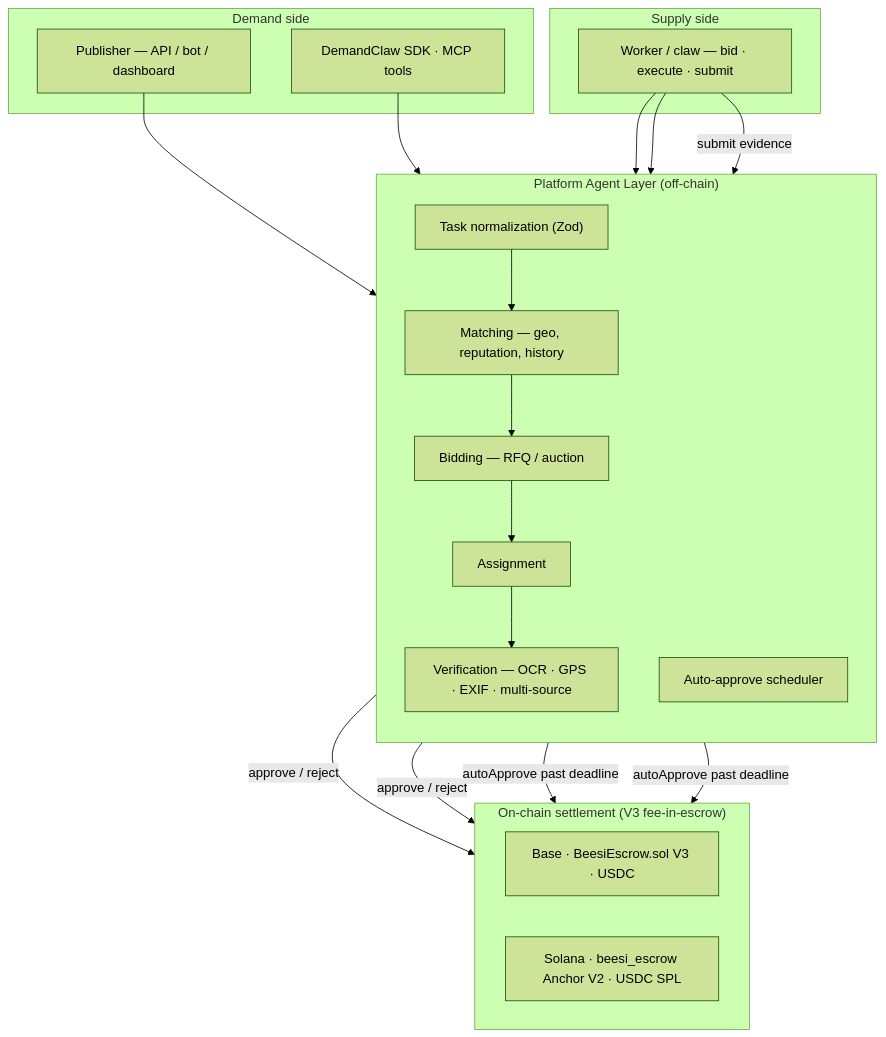
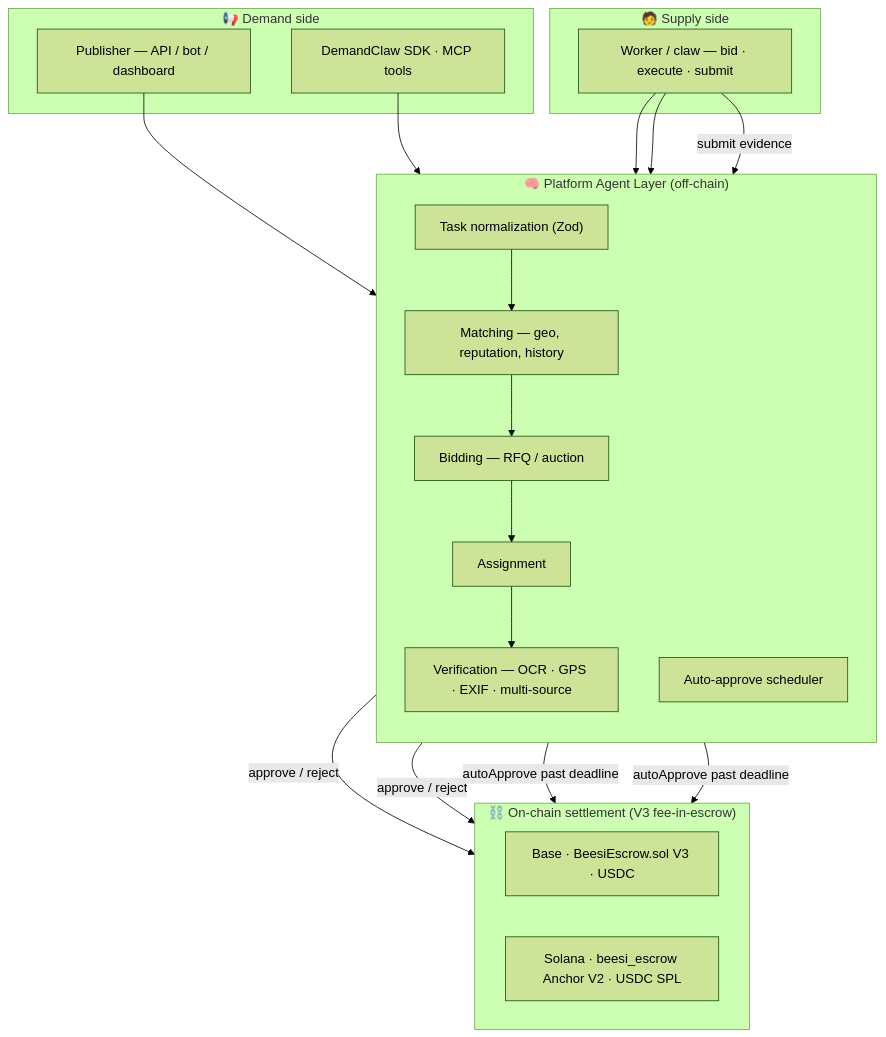
Before and after one commit to Good-for-human/beesi.ai-agent-bounty-market: the first of 2 diagrams in ARCHITECTURE.md, drawn with Mermaid (forest theme). The commit also changed other lines of this file and 11 other files, not shown here.

````diff
--- a/ARCHITECTURE.md
+++ b/ARCHITECTURE.md
@@ -11,38 +11,38 @@
 ```mermaid
 flowchart TB
-  subgraph demand["Demand side"]
+  subgraph demand["📢 Demand side"]
     P["Publisher — API / bot / dashboard"]
     SDK["DemandClaw SDK · MCP tools"]
   end
 
-  subgraph agent["Platform Agent Layer (off-chain)"]
+  subgraph agent["🧠 Platform Agent Layer (off-chain)"]
     direction TB
     TN["Task normalization (Zod)"]
     M["Matching — geo, reputation, history"]
     B["Bidding — RFQ / auction"]
     A["Assignment"]
     V["Verification — OCR · GPS · EXIF · multi-source"]
     D["Auto-approve scheduler"]
   end
 
-  subgraph supply["Supply side"]
+  subgraph supply["🧑 Supply side"]
     W["Worker / claw — bid · execute · submit"]
   end
 
-  subgraph chain["On-chain settlement (V3 fee-in-escrow)"]
+  subgraph chain["⛓️ On-chain settlement (V3 fee-in-escrow)"]
     direction LR
     EVM["Base · BeesiEscrow.sol V3 · USDC"]
     SOL["Solana · beesi_escrow Anchor V2 · USDC SPL"]
   end
 
   P --> TN
   SDK --> TN
   TN --> M --> B --> A --> V
   W --> B
   W --> A
   W -->|"submit evidence"| V
   V -->|"approve / reject"| EVM
   V -->|"approve / reject"| SOL
   D -->|"autoApprove past deadline"| EVM
   D -->|"autoApprove past deadline"| SOL
 ```
````
